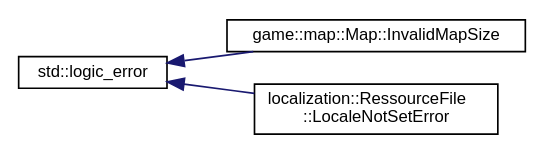
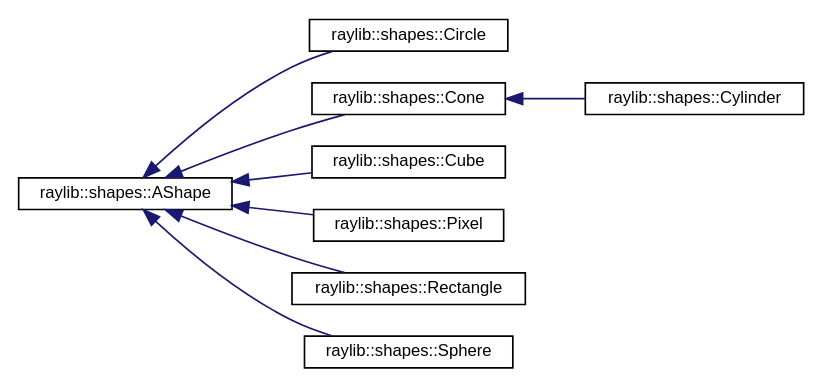
Before and after one commit to MisterPeModder/Bomberman-Global-Offensive: the diagram in inherit_graph_49.dot, drawn with Graphviz. The commit also changed 366 other files, not shown here.

Commit message:
Deploying to gh-pages from @ MisterPeModder/Bomberman-Global-Offensive@6a61a6d92c17a3e5d19add3d763cf71275a627c0 🚀

```diff
--- a/inherit_graph_49.dot
+++ b/inherit_graph_49.dot
@@ -1,12 +1,22 @@
 digraph "Graphical Class Hierarchy"
 {
  // LATEX_PDF_SIZE
   edge [fontname="Helvetica",fontsize="10",labelfontname="Helvetica",labelfontsize="10"];
   node [fontname="Helvetica",fontsize="10",shape=record];
   rankdir="LR";
-  Node0 [label="std::logic_error",height=0.2,width=0.4,color="black", fillcolor="white", style="filled",URL="/home/runner/work/Bomberman-Global-Offensive/Bomberman-Global-Offensive/doc/external/cppreference-doxygen-web.tag.xml$cpp/error/logic_error.html",tooltip=" "];
+  Node0 [label="raylib::shapes::AShape",height=0.2,width=0.4,color="black", fillcolor="white", style="filled",URL="$classraylib_1_1shapes_1_1_a_shape.html",tooltip=" "];
   Node0 -> Node1 [dir="back",color="midnightblue",fontsize="10",style="solid",fontname="Helvetica"];
-  Node1 [label="game::map::Map::InvalidMapSize",height=0.2,width=0.4,color="black", fillcolor="white", style="filled",URL="$classgame_1_1map_1_1_map_1_1_invalid_map_size.html",tooltip="Exception thrown when the map size is invalid."];
+  Node1 [label="raylib::shapes::Circle",height=0.2,width=0.4,color="black", fillcolor="white", style="filled",URL="$classraylib_1_1shapes_1_1_circle.html",tooltip="The Circle Class used to represent a 2d circle shape."];
   Node0 -> Node2 [dir="back",color="midnightblue",fontsize="10",style="solid",fontname="Helvetica"];
-  Node2 [label="localization::RessourceFile\l::LocaleNotSetError",height=0.2,width=0.4,color="black", fillcolor="white", style="filled",URL="$classlocalization_1_1_ressource_file_1_1_locale_not_set_error.html",tooltip="Exception thrown when the locale isn't set (unititialized) on translate/register operations."];
+  Node2 [label="raylib::shapes::Cone",height=0.2,width=0.4,color="black", fillcolor="white", style="filled",URL="$classraylib_1_1shapes_1_1_cone.html",tooltip="3D Cone shape. Can be used as a cylinder when base and top radius are equal (See Cylinder shape)."];
+  Node2 -> Node3 [dir="back",color="midnightblue",fontsize="10",style="solid",fontname="Helvetica"];
+  Node3 [label="raylib::shapes::Cylinder",height=0.2,width=0.4,color="black", fillcolor="white", style="filled",URL="$classraylib_1_1shapes_1_1_cylinder.html",tooltip="3D Cylinder shape, basically just a Cone with the same base and top radius"];
+  Node0 -> Node4 [dir="back",color="midnightblue",fontsize="10",style="solid",fontname="Helvetica"];
+  Node4 [label="raylib::shapes::Cube",height=0.2,width=0.4,color="black", fillcolor="white", style="filled",URL="$classraylib_1_1shapes_1_1_cube.html",tooltip="3D shape representing a cube."];
+  Node0 -> Node5 [dir="back",color="midnightblue",fontsize="10",style="solid",fontname="Helvetica"];
+  Node5 [label="raylib::shapes::Pixel",height=0.2,width=0.4,color="black", fillcolor="white", style="filled",URL="$classraylib_1_1shapes_1_1_pixel.html",tooltip="The Pixel Class used to represent a pixel."];
+  Node0 -> Node6 [dir="back",color="midnightblue",fontsize="10",style="solid",fontname="Helvetica"];
+  Node6 [label="raylib::shapes::Rectangle",height=0.2,width=0.4,color="black", fillcolor="white", style="filled",URL="$classraylib_1_1shapes_1_1_rectangle.html",tooltip="The Rectangle Class used to represent a 2d rectangle shape."];
+  Node0 -> Node7 [dir="back",color="midnightblue",fontsize="10",style="solid",fontname="Helvetica"];
+  Node7 [label="raylib::shapes::Sphere",height=0.2,width=0.4,color="black", fillcolor="white", style="filled",URL="$classraylib_1_1shapes_1_1_sphere.html",tooltip="3D shape representing a sphere."];
 }
```
